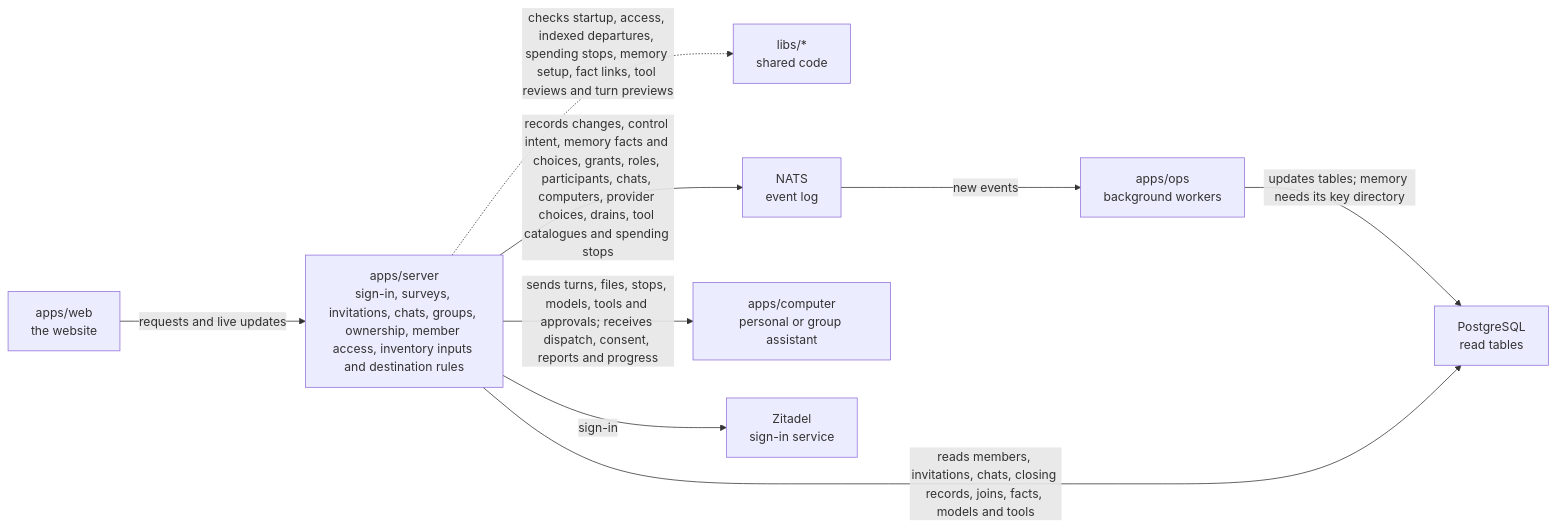
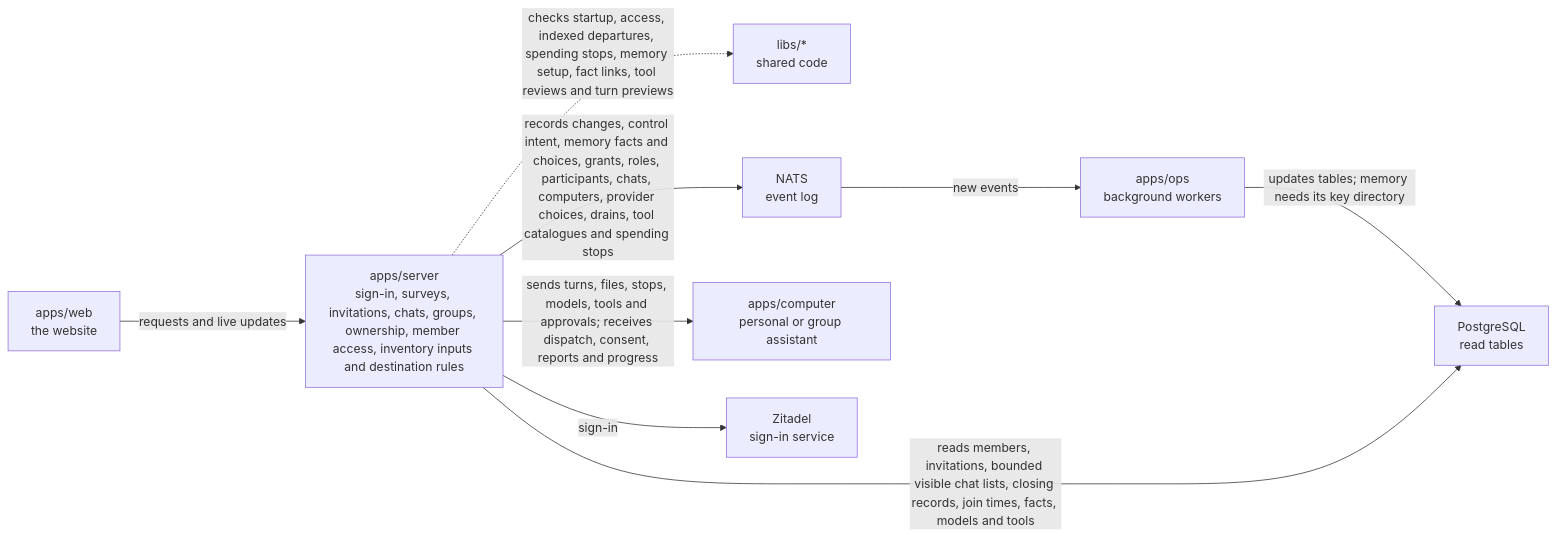
One commit to elewa-git/opencrane-new changed the diagram in apps/server/README.md. Above: the diagram before and after it, drawn with Mermaid. The commit also changed other lines of this file and 18 other files, not shown here.

````diff
--- a/apps/server/README.md
+++ b/apps/server/README.md
@@ -11,11 +11,11 @@
 ```mermaid
 flowchart LR
   web["apps/web<br/>the website"] -->|requests and live updates| server["apps/server<br/>sign-in, surveys, invitations, chats, groups, ownership, member access, inventory inputs and destination rules"]
   server -.->|checks startup, access, indexed departures, spending stops, memory setup, fact links, tool reviews and turn previews| libs["libs/*<br/>shared code"]
   server -->|records changes, control intent, memory facts and choices, grants, roles, participants, chats, computers, provider choices, drains, tool catalogues and spending stops| nats["NATS<br/>event log"]
   nats -->|new events| ops["apps/ops<br/>background workers"]
   ops -->|updates tables; memory needs its key directory| postgres["PostgreSQL<br/>read tables"]
-  server -->|reads members, invitations, chats, closing records, joins, facts, models and tools| postgres
+  server -->|reads members, invitations, bounded visible chat lists, closing records, join times, facts, models and tools| postgres
   server -->|sends turns, files, stops, models, tools and approvals; receives dispatch, consent, reports and progress| computer["apps/computer<br/>personal or group assistant"]
   server -->|sign-in| zitadel["Zitadel<br/>sign-in service"]
 ```
````
